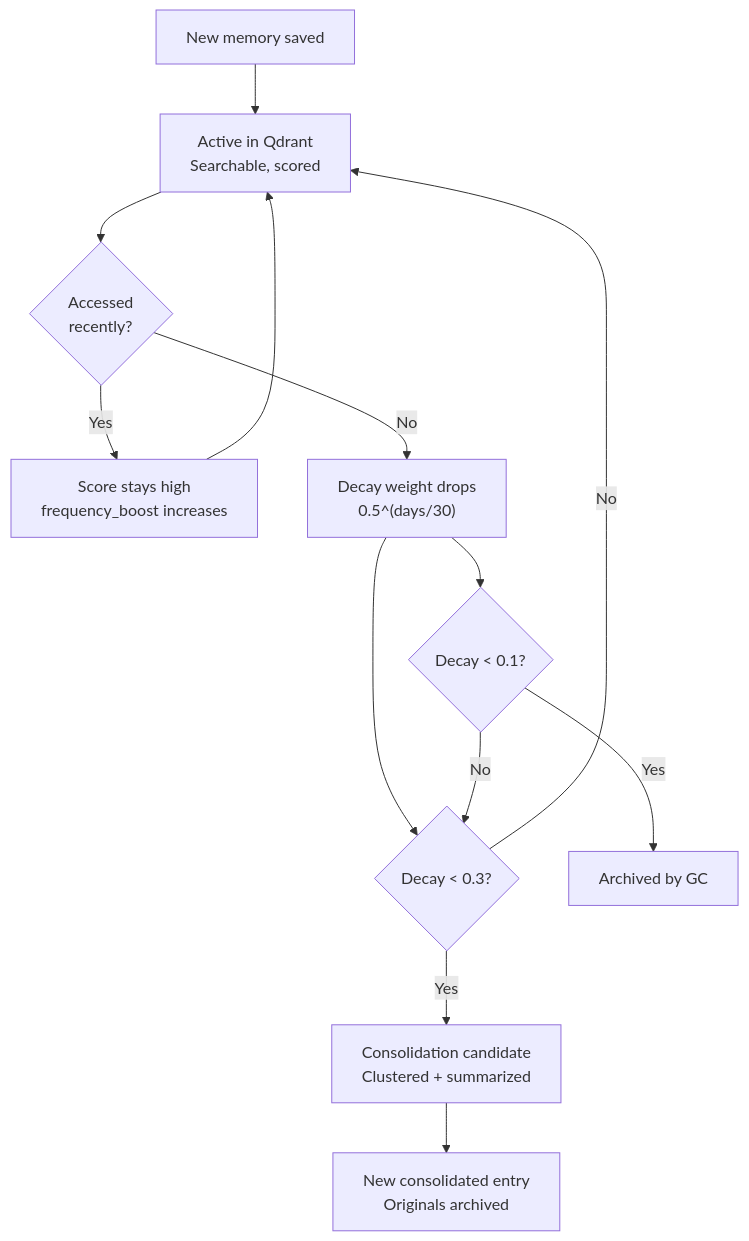
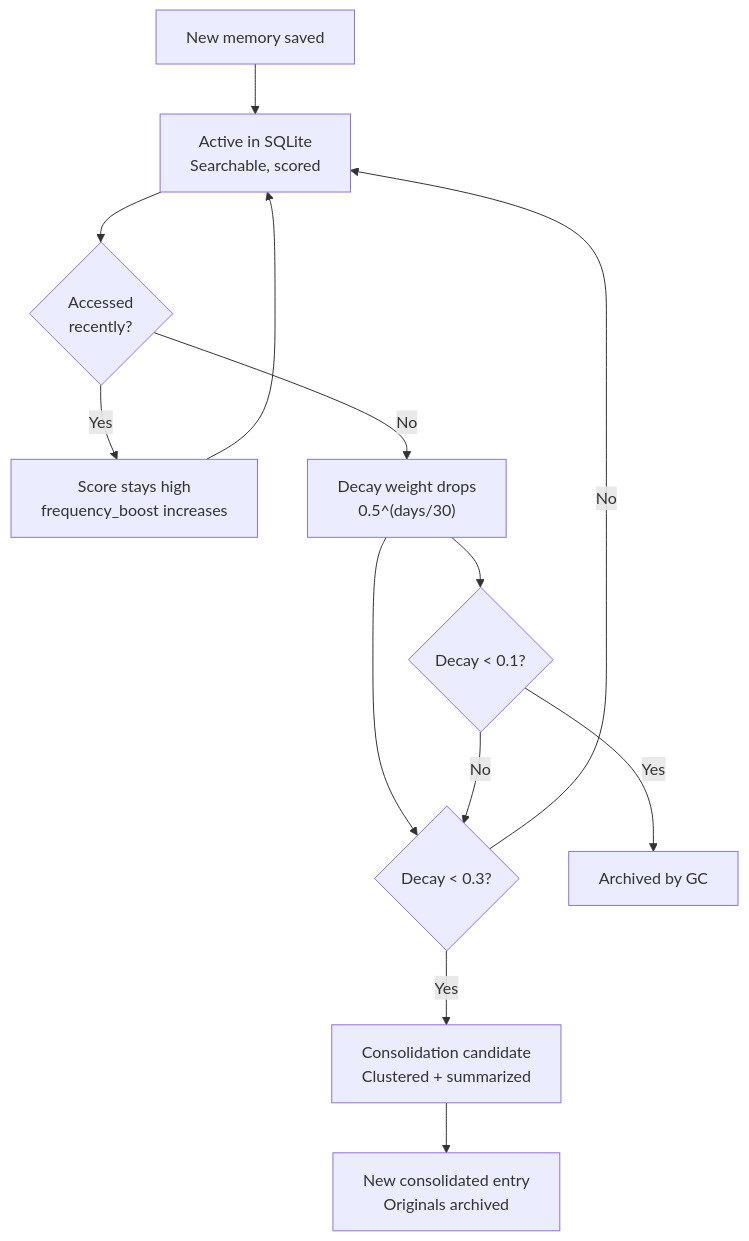
The fifth of 5 diagrams in README.md (NaNMesh/nan-forget), drawn with Mermaid before and after one commit. The commit also changed other lines of this file, not shown here.

````diff
--- a/README.md
+++ b/README.md
@@ -302,15 +302,15 @@
 ```mermaid
 flowchart TB
-    A["New memory saved"] --> B["Active in Qdrant<br/>Searchable, scored"]
+    A["New memory saved"] --> B["Active in SQLite<br/>Searchable, scored"]
     B --> C{"Accessed<br/>recently?"}
     C -->|"Yes"| D["Score stays high<br/>frequency_boost increases"]
     C -->|"No"| E["Decay weight drops<br/>0.5^(days/30)"]
     E --> F{"Decay < 0.3?"}
     F -->|"Yes"| G["Consolidation candidate<br/>Clustered + summarized"]
     F -->|"No"| B
     G --> H["New consolidated entry<br/>Originals archived"]
     D --> B
     E --> I{"Decay < 0.1?"}
     I -->|"Yes"| J["Archived by GC"]
     I -->|"No"| F
 ```
````
